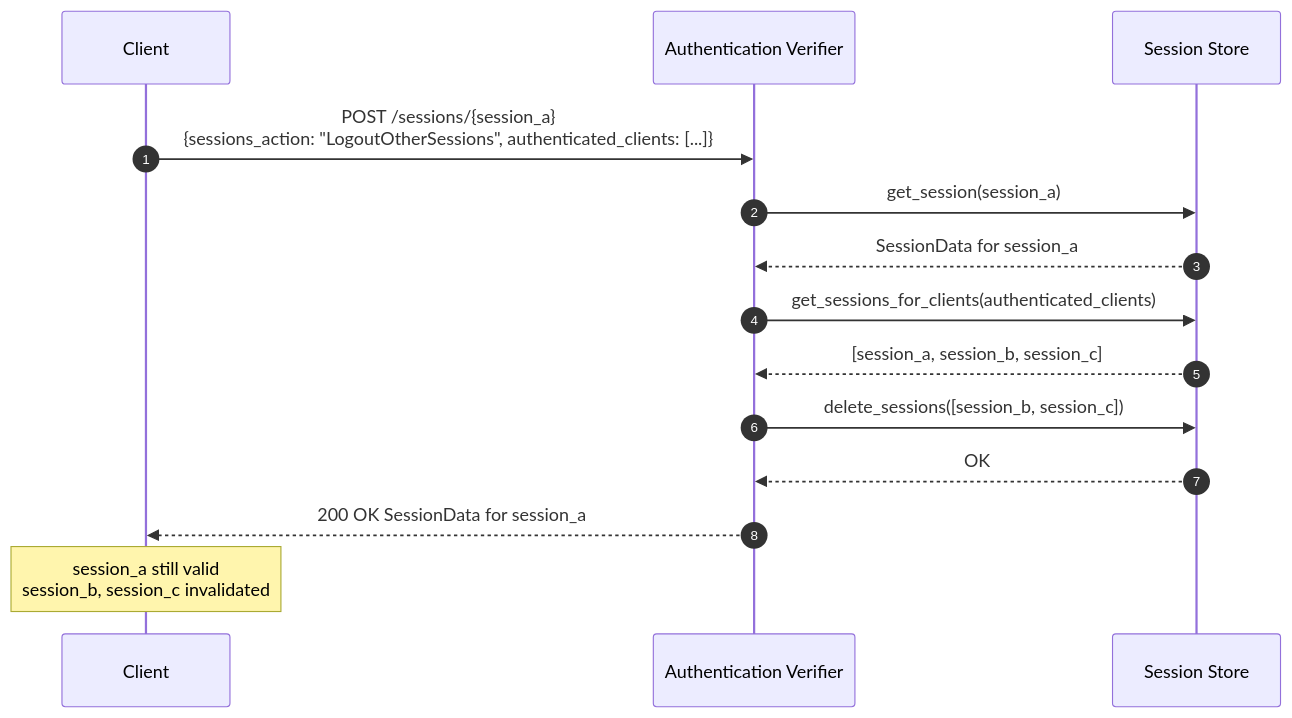
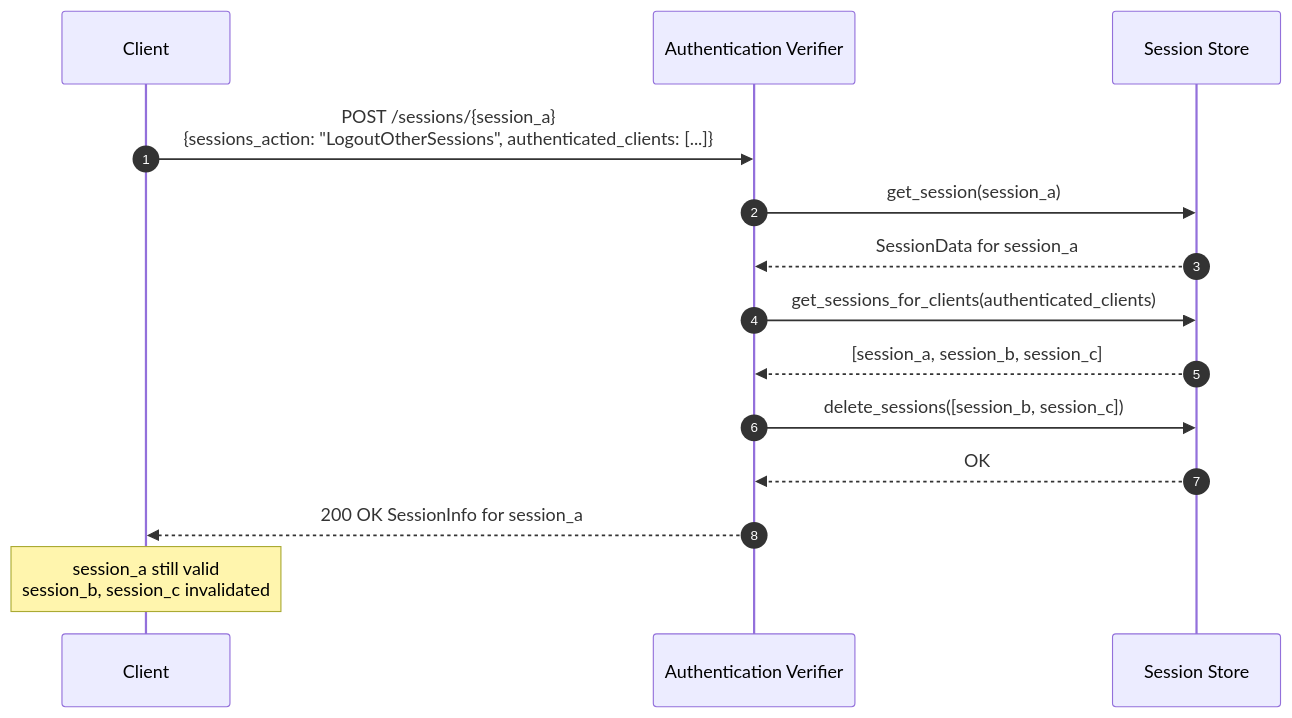
One commit to Cosmian/authentication changed diagram 11 of 13 in server/documentation/docs/authentication_flows.md. Above: the diagram before and after it, drawn with Mermaid. The commit also changed other lines of this file and 9 other files, not shown here.

````diff
--- a/server/documentation/docs/authentication_flows.md
+++ b/server/documentation/docs/authentication_flows.md
@@ -526,17 +536,17 @@
 ```mermaid
 sequenceDiagram
     autonumber
     participant U as Client
     participant EA as Authentication Verifier
     participant SS as Session Store
 
     U->>EA: POST /sessions/{session_a}<br/>{sessions_action: "LogoutOtherSessions", authenticated_clients: [...]}
     EA->>SS: get_session(session_a)
     SS-->>EA: SessionData for session_a
     EA->>SS: get_sessions_for_clients(authenticated_clients)
     SS-->>EA: [session_a, session_b, session_c]
     EA->>SS: delete_sessions([session_b, session_c])
     SS-->>EA: OK
-    EA-->>U: 200 OK  SessionData for session_a
+    EA-->>U: 200 OK  SessionInfo for session_a
     note over U: session_a still valid<br/>session_b, session_c invalidated
 ```
````
